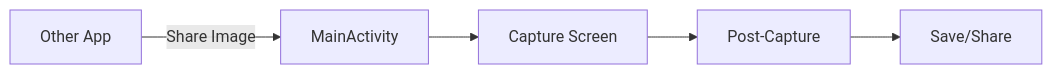
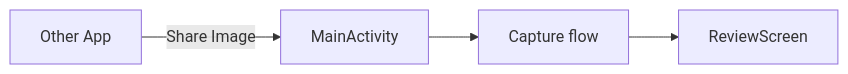
One commit to robertlane0/lens-app changed the second of 2 diagrams in docs/ui.md. Above: the diagram before and after it, drawn with Mermaid. The commit also changed other lines of this file and 8 other files, not shown here.

````diff
--- a/docs/ui.md
+++ b/docs/ui.md
@@ -195,7 +115,6 @@
 ```mermaid
 flowchart LR
     A[Other App] -->|Share Image| B[MainActivity]
-    B --> C[Capture Screen]
-    C --> D[Post-Capture]
-    D --> E[Save/Share]
+    B --> C[Capture flow]
+    C --> D[ReviewScreen]
 ```
````
